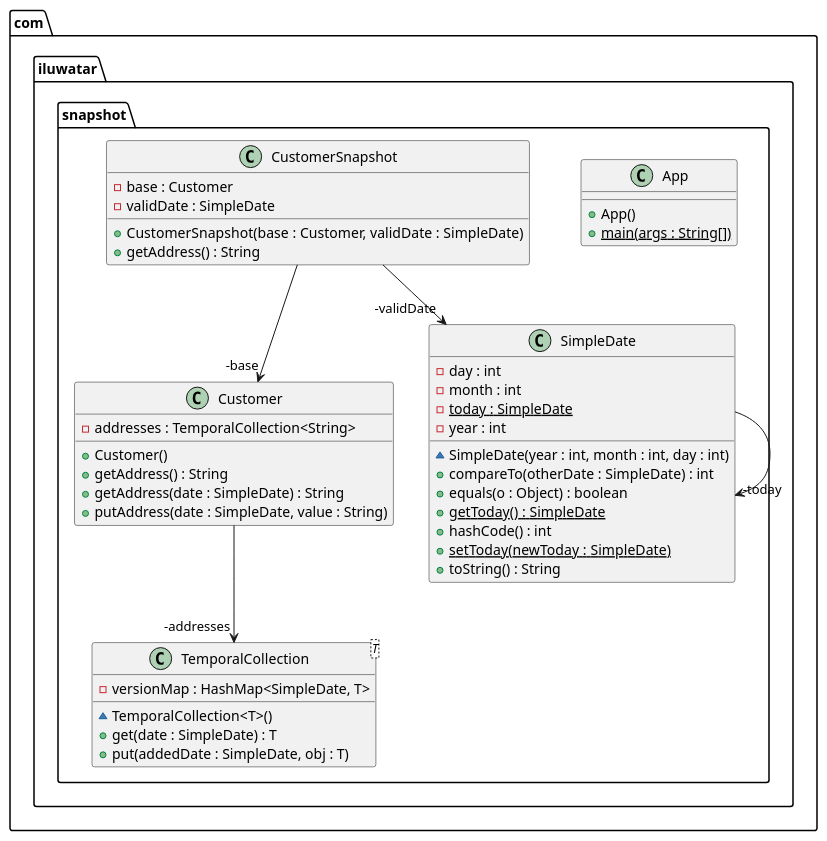
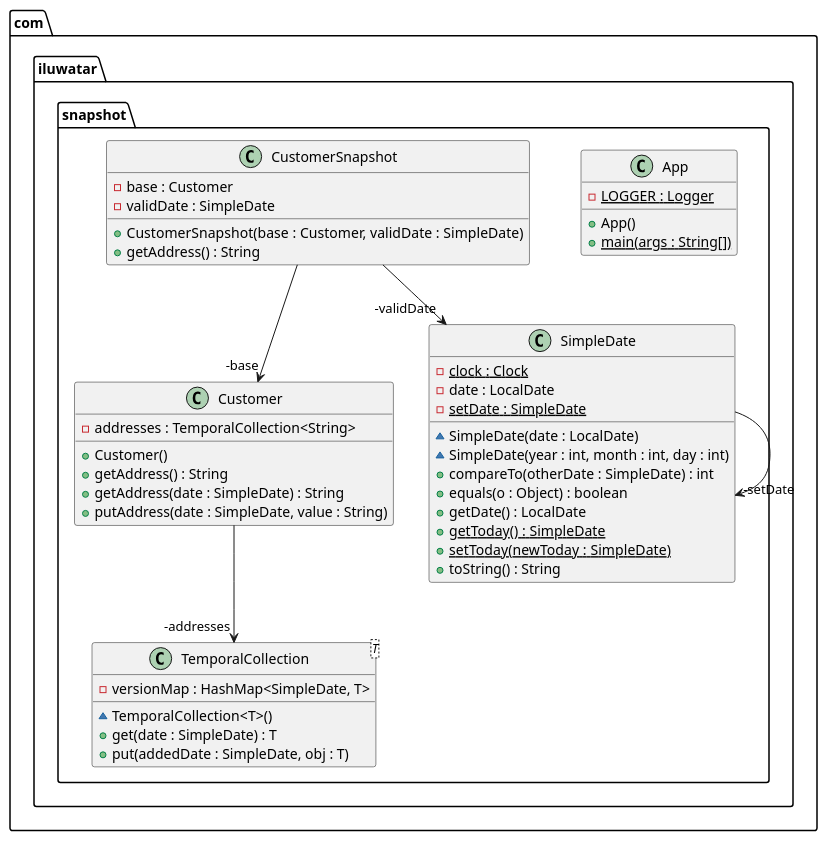
The diagram in snapshot/etc/snapshot.urm.puml (iluwatar/java-design-patterns), drawn with PlantUML before and after one commit. The commit also changed 6 other files, not shown here.

```diff
--- a/snapshot/etc/snapshot.urm.puml
+++ b/snapshot/etc/snapshot.urm.puml
@@ -1,44 +1,45 @@
 @startuml
 package com.iluwatar.snapshot {
   class App {
+    - LOGGER : Logger {static}
     + App()
     + main(args : String[]) {static}
   }
   class Customer {
     - addresses : TemporalCollection<String>
     + Customer()
     + getAddress() : String
     + getAddress(date : SimpleDate) : String
     + putAddress(date : SimpleDate, value : String)
   }
   class CustomerSnapshot {
     - base : Customer
     - validDate : SimpleDate
     + CustomerSnapshot(base : Customer, validDate : SimpleDate)
     + getAddress() : String
   }
   class SimpleDate {
-    - day : int
-    - month : int
-    - today : SimpleDate {static}
-    - year : int
+    - clock : Clock {static}
+    - date : LocalDate
+    - setDate : SimpleDate {static}
+    ~ SimpleDate(date : LocalDate)
     ~ SimpleDate(year : int, month : int, day : int)
     + compareTo(otherDate : SimpleDate) : int
     + equals(o : Object) : boolean
+    + getDate() : LocalDate
     + getToday() : SimpleDate {static}
-    + hashCode() : int
     + setToday(newToday : SimpleDate) {static}
     + toString() : String
   }
   class TemporalCollection<T> {
     - versionMap : HashMap<SimpleDate, T>
     ~ TemporalCollection<T>()
     + get(date : SimpleDate) : T
     + put(addedDate : SimpleDate, obj : T)
   }
 }
-SimpleDate -->  "-today" SimpleDate
+SimpleDate -->  "-setDate" SimpleDate
 CustomerSnapshot -->  "-validDate" SimpleDate
 CustomerSnapshot -->  "-base" Customer
 Customer -->  "-addresses" TemporalCollection
 @enduml
```
